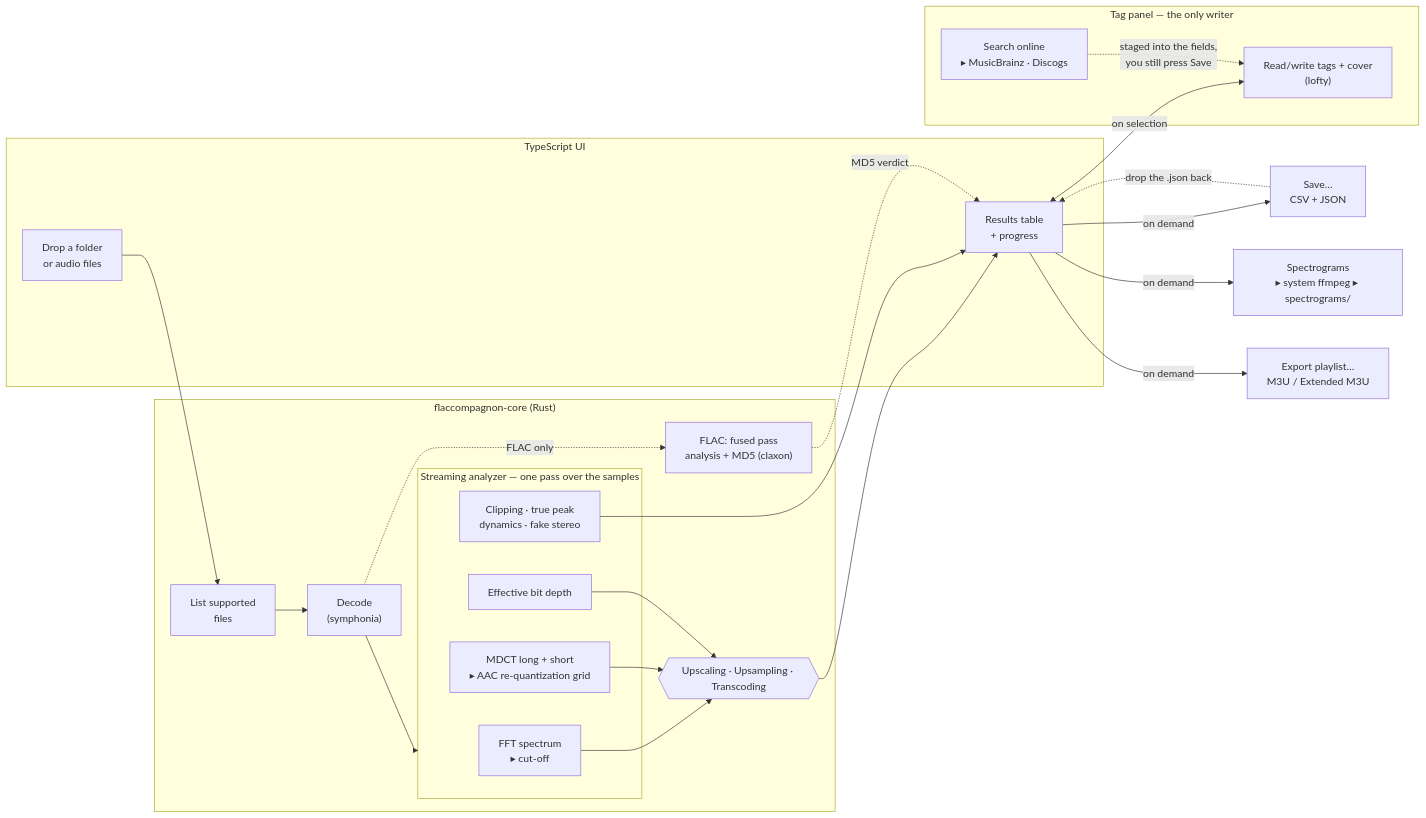
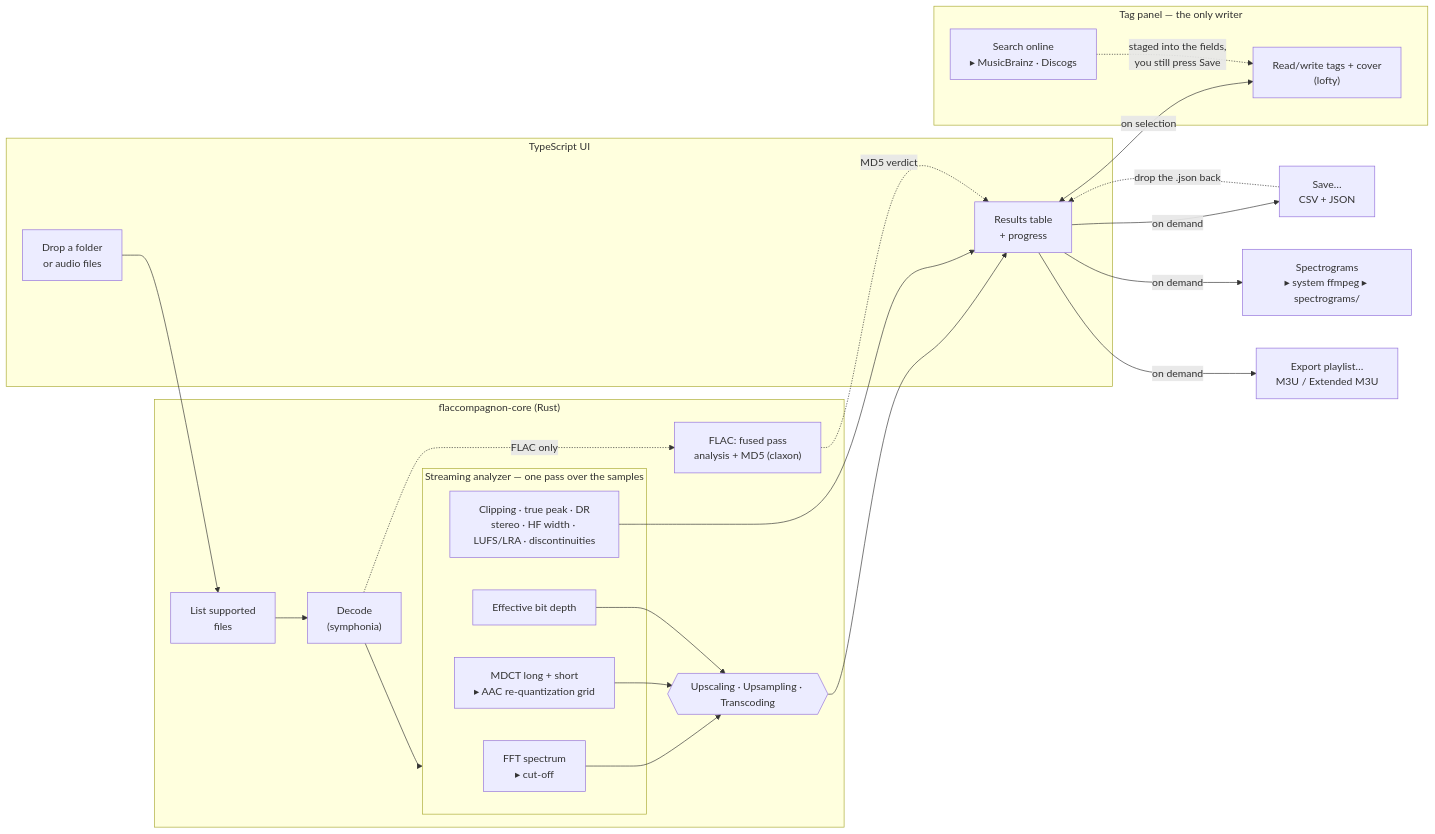
The diagram in README.md (craft-and-code/FlacCompagnon), drawn with Mermaid before and after one commit. The commit also changed other lines of this file and 24 other files, not shown here.

````diff
--- a/README.md
+++ b/README.md
@@ -174,44 +180,44 @@
 ```mermaid
 flowchart LR
     subgraph UI["TypeScript UI"]
         drop["Drop a folder<br/>or audio files"]
         table["Results table<br/>+ progress"]
     end
 
     subgraph core["flaccompagnon-core (Rust)"]
         list["List supported<br/>files"]
         decode["Decode<br/>(symphonia)"]
         fused["FLAC: fused pass<br/>analysis + MD5 (claxon)"]
 
         subgraph analyzer["Streaming analyzer — one pass over the samples"]
             fft["FFT spectrum<br/>▸ cut-off"]
             mdct["MDCT long + short<br/>▸ AAC re-quantization grid"]
             bits["Effective bit depth"]
-            levels["Clipping · true peak<br/>dynamics · fake stereo"]
+            levels["Clipping · true peak · DR<br/>stereo · HF width · LUFS/LRA · discontinuities"]
         end
 
         verdict{{"Upscaling · Upsampling · Transcoding"}}
     end
 
     save["Save…<br/>CSV + JSON"]
     spectro["Spectrograms<br/>▸ system ffmpeg ▸ spectrograms/"]
     m3u["Export playlist…<br/>M3U / Extended M3U"]
 
     subgraph tagging["Tag panel — the only writer"]
         tags["Read/write tags + cover<br/>(lofty)"]
         online["Search online<br/>▸ MusicBrainz · Discogs"]
     end
 
     drop --> list --> decode --> analyzer
     decode -.->|FLAC only| fused
     fft & mdct & bits --> verdict
     verdict --> table
     levels --> table
     fused -.->|MD5 verdict| table
     table -->|on demand| save
     table -->|on demand| spectro
     table -->|on demand| m3u
     save -.->|drop the .json back| table
     table <-->|on selection| tags
     online -.->|staged into the fields,<br/>you still press Save| tags
 ```
````
